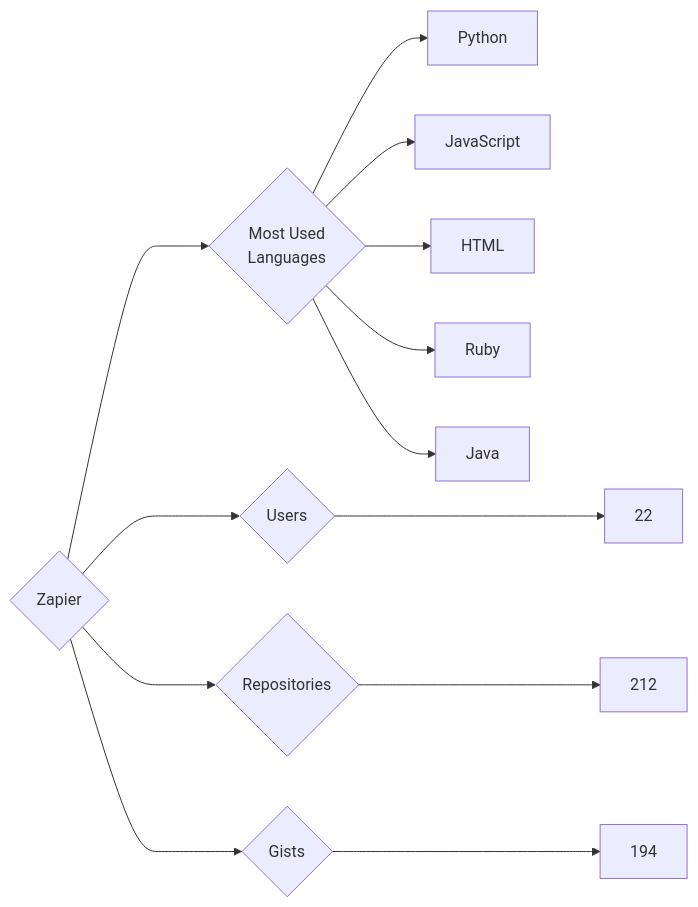
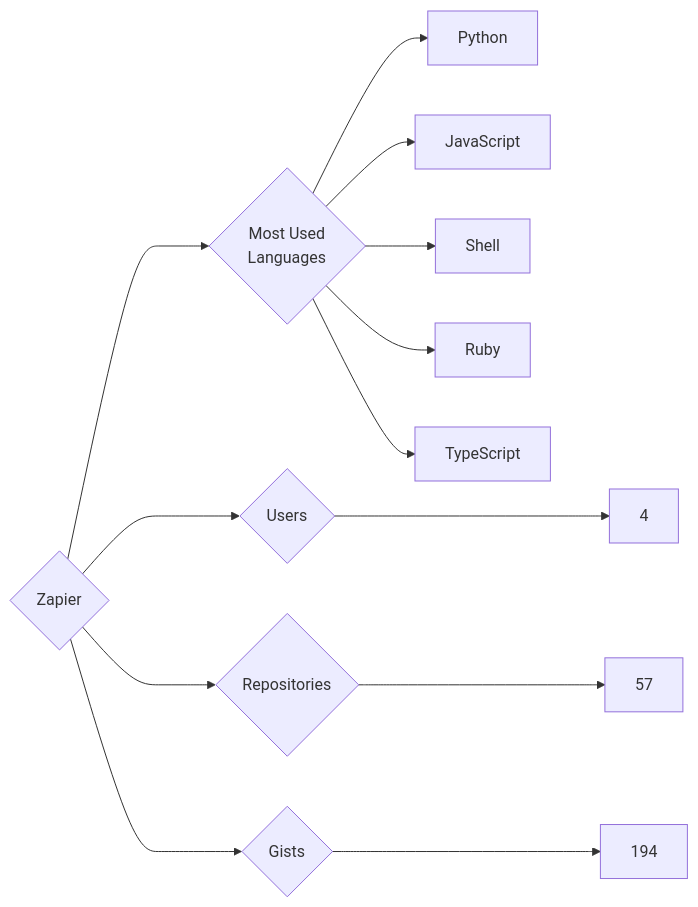
One commit to trickest/insiders changed the diagram in targets/Zapier/README.md. Above: the diagram before and after it, drawn with Mermaid. The commit also changed 681 other files, not shown here.

````diff
--- a/targets/Zapier/README.md
+++ b/targets/Zapier/README.md
@@ -3,13 +3,13 @@
 ```mermaid
 graph LR
 COMPANY_NAME{Zapier}
-COMPANY_NAME ---> U{Users} ---> UN[22]
-COMPANY_NAME ---> R{Repositories} ---> RN[212]
+COMPANY_NAME ---> U{Users} ---> UN[4]
+COMPANY_NAME ---> R{Repositories} ---> RN[57]
 COMPANY_NAME ---> G{Gists} ---> GN[194]
 COMPANY_NAME ---> ML{Most Used<br>Languages}
 ML --> Python[Python]
 ML --> JavaScript[JavaScript]
-ML --> HTML[HTML]
+ML --> Shell[Shell]
 ML --> Ruby[Ruby]
-ML --> Java[Java]
+ML --> TypeScript[TypeScript]
 ```
````
